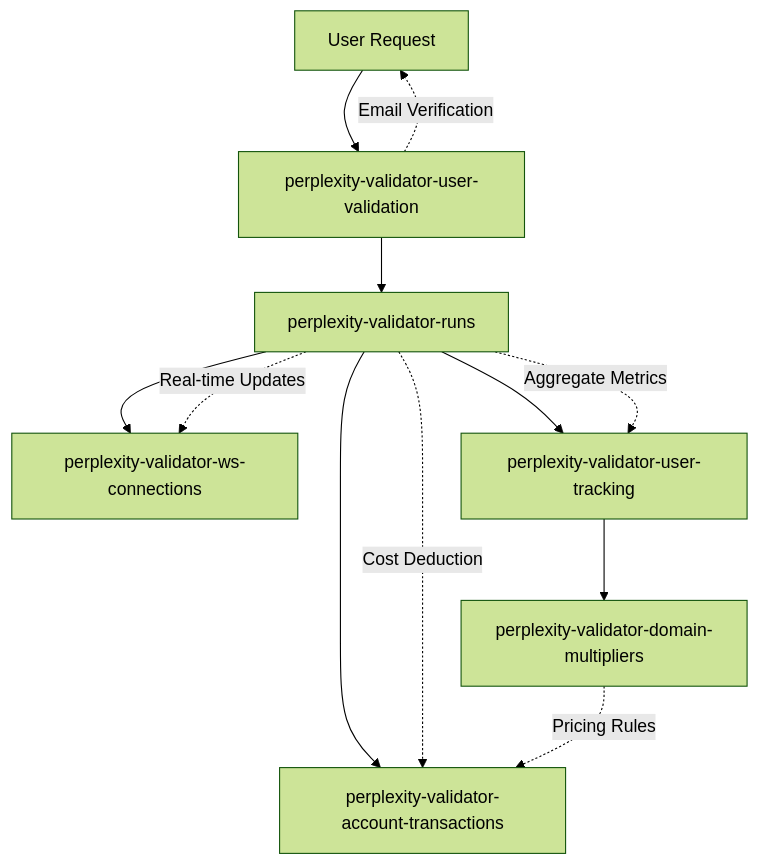
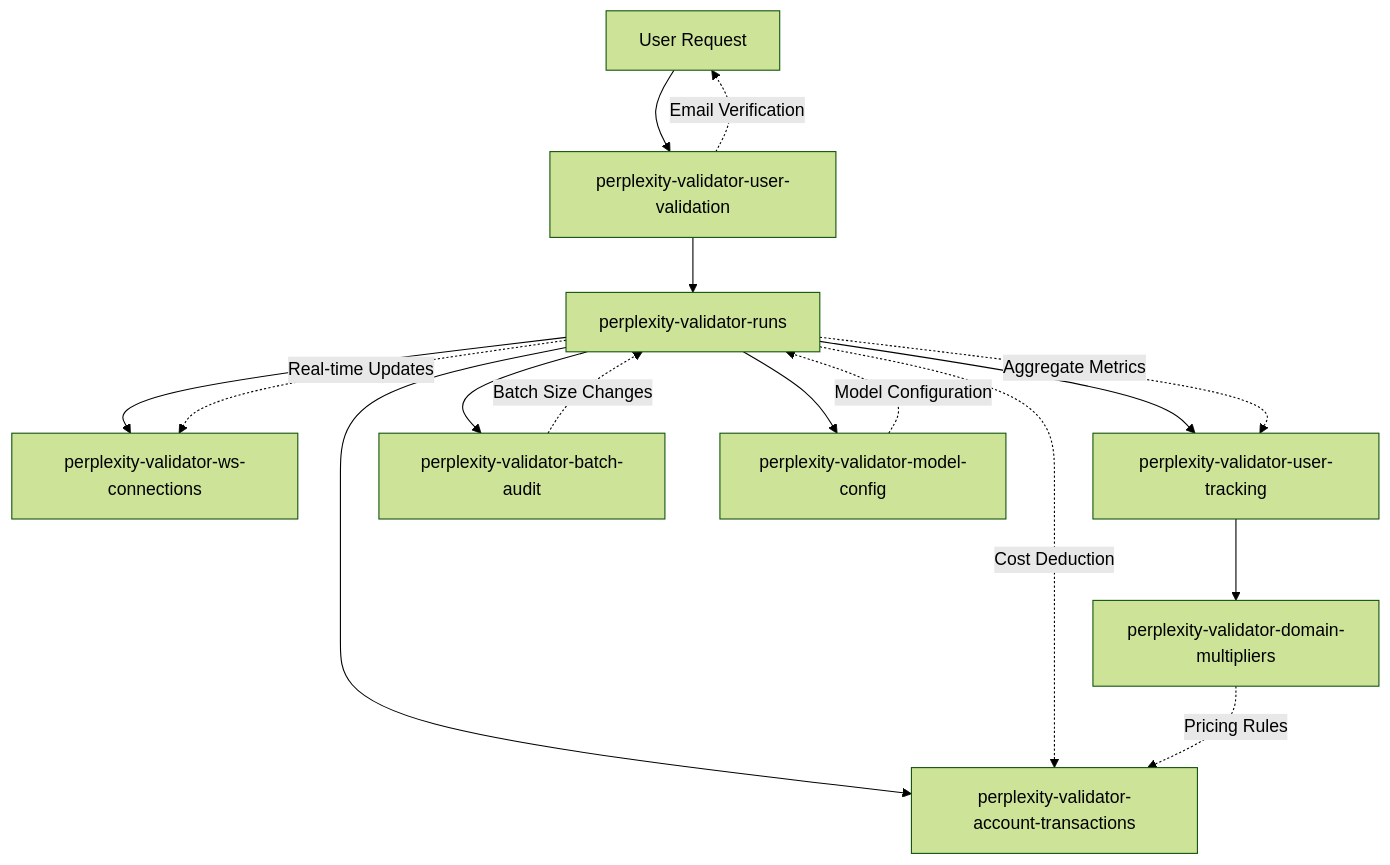
The diagram in docs/DYNAMODB_TABLES.md (EliyahuAI/mcp-server-hyperplexity), drawn with Mermaid (forest theme) before and after one commit. The commit also changed other lines of this file and 11 other files, not shown here.

First line of the commit message:
feat: Add comprehensive batch size management and system enhancements

````diff
--- a/docs/DYNAMODB_TABLES.md
+++ b/docs/DYNAMODB_TABLES.md
@@ -253,15 +357,19 @@
 ```mermaid
 graph TB
     A[User Request] --> B[perplexity-validator-user-validation]
     B --> C[perplexity-validator-runs]
     C --> D[perplexity-validator-ws-connections]
     C --> E[perplexity-validator-user-tracking]
     C --> F[perplexity-validator-account-transactions]
     E --> G[perplexity-validator-domain-multipliers]
+    C --> H[perplexity-validator-batch-audit]
+    C --> I[perplexity-validator-model-config]
     
     B -.->|Email Verification| A
     C -.->|Real-time Updates| D
     C -.->|Aggregate Metrics| E  
     C -.->|Cost Deduction| F
     G -.->|Pricing Rules| F
+    H -.->|Batch Size Changes| C
+    I -.->|Model Configuration| C
 ```
````
